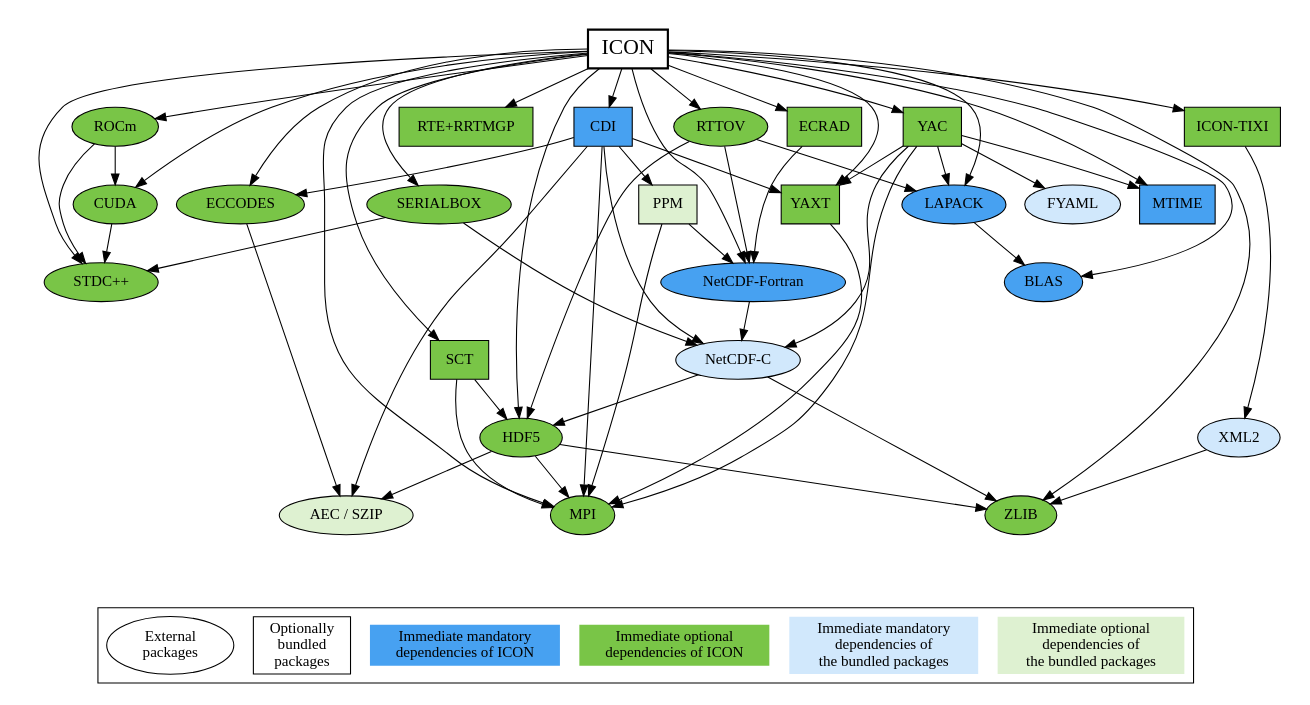
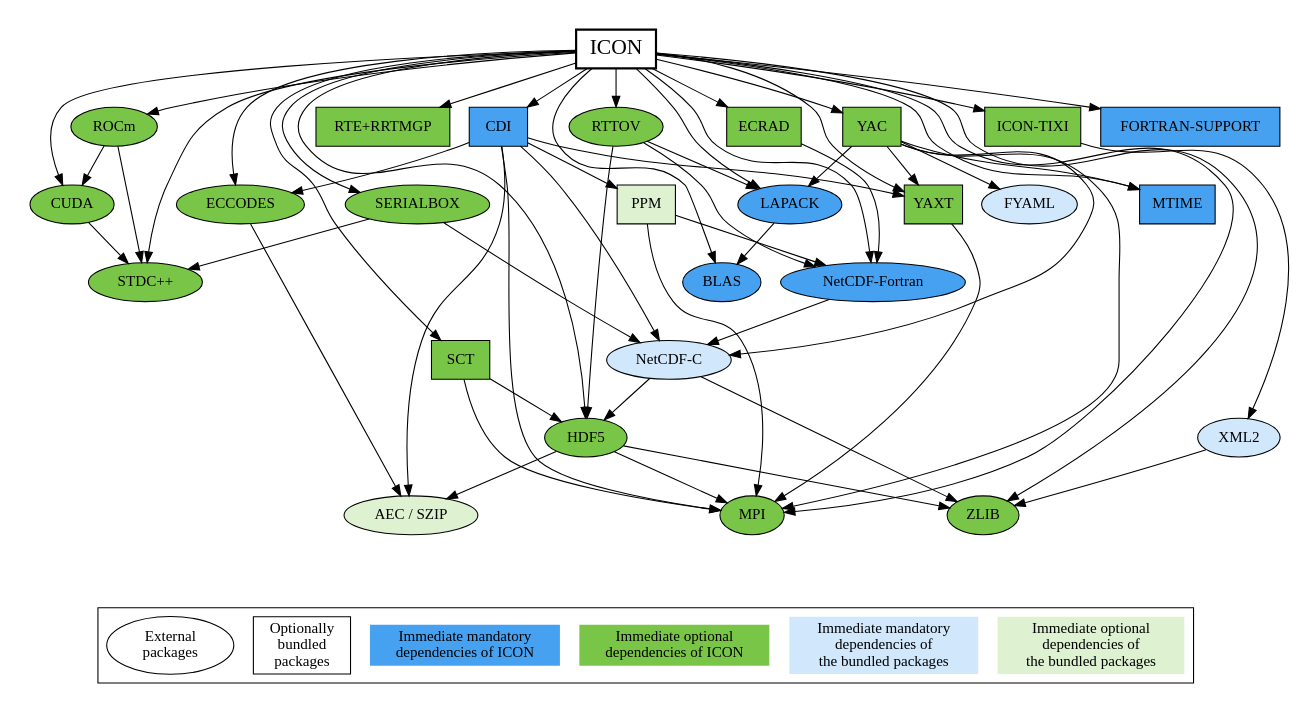
Before and after one commit to ppothapa/Coupled_ICON: the diagram in doc/config/icon-config-doc-depgraph.dot, drawn with Graphviz. The commit also changed 4 other files, not shown here.

```diff
--- a/doc/config/icon-config-doc-depgraph.dot
+++ b/doc/config/icon-config-doc-depgraph.dot
@@ -1,104 +1,107 @@
 digraph ICON {
 
 	node [style=filled; shape=oval; fillcolor="#79C547"];
 
 	subgraph clusterMain {
 
 		graph [peripheries=0];
 
 		"ICON" [shape=box; fillcolor=white; fontsize=20; penwidth=2.0];
 		"ICON" -> {"STDC++"; "CUDA"; "ROCm"; "MPI"; "ZLIB"; "HDF5";
 			       "NetCDF-Fortran"; "RTE+RRTMGP"; "ECRAD"; "BLAS";
 			       "LAPACK"; "RTTOV"; "SCT"; "YAXT"; "ECCODES";
-			       "CDI"; "SERIALBOX"; "MTIME"; "YAC"; "ICON-TIXI"};
+			       "CDI"; "SERIALBOX"; "MTIME"; "YAC"; "ICON-TIXI";
+			       "FORTRAN-SUPPORT"};
 
 		"STDC++";
 
 		"CUDA";
 		"CUDA" -> {"STDC++"};
 
 		"ROCm";
 		"ROCm" -> {"STDC++"; "CUDA"};
 
 		"MPI";
 
 		"ZLIB";
 
 		"HDF5";
 		"HDF5" -> {"MPI"; "ZLIB"; "AEC / SZIP"};
 
 		"NetCDF-Fortran" [shape=oval; fillcolor="#47A1F1"]
 		"NetCDF-Fortran" -> {"NetCDF-C"};
 
 		"RTE+RRTMGP" [shape=box];
 
 		"ECRAD" [shape=box];
 		"ECRAD" -> {"NetCDF-Fortran"};
 
 		"BLAS" [fillcolor="#47A1F1"];
 
 		"LAPACK" [fillcolor="#47A1F1"];
 		"LAPACK" -> {"BLAS"};
 
 		"RTTOV";
 		"RTTOV" -> {"HDF5"; "NetCDF-Fortran"; "LAPACK"};
 
 		"SCT" [shape=box];
 		"SCT" -> {"MPI"; "HDF5"};
 
 		"YAXT" [shape=box];
 		"YAXT" -> {"MPI"};
 
 		"ECCODES";
 		"ECCODES" -> {"AEC / SZIP"};
 
 		"CDI" [shape=box; fillcolor="#47A1F1"];
 		"CDI" -> {"MPI"; "YAXT"; "ECCODES"; "AEC / SZIP"; "NetCDF-C"; "PPM"};
 
 		"SERIALBOX";
 		"SERIALBOX" -> {"STDC++"; "NetCDF-C"};
 
 		"MTIME" [shape=box; fillcolor="#47A1F1"];
 
 		"YAC" [shape=box];
 		"YAC" -> {"MPI"; "LAPACK"; "YAXT"; "MTIME"; "NetCDF-C"; "FYAML"};
 
 		"ICON-TIXI" [shape=box];
 		"ICON-TIXI" -> {"XML2"};
 
+		"FORTRAN-SUPPORT" [shape=box; fillcolor="#47A1F1"];
+
 		"AEC / SZIP" [fillcolor="#DEF1D1"];
 		"AEC / SZIP";
 
 		"NetCDF-C" [fillcolor="#D1E8FC"];
 		"NetCDF-C" -> {"ZLIB"; "HDF5"};
 
 		"PPM" [shape=box; fillcolor="#DEF1D1"];
 		"PPM" -> {"MPI"; "NetCDF-Fortran"};
 
 		"FYAML" [fillcolor="#D1E8FC"];
 		"FYAML";
 
 		"XML2" [fillcolor="#D1E8FC"];
 		"XML2" -> {"ZLIB"};
 
 		{
 			rank=sink;
 			bottomNode [shape=point; style=invis];
 		}
 	}
 
 	subgraph clusterLegend {
 		{
 			rank=same;
 			external -> bundled -> mandatoryIcon -> optionalIcon -> mandatoryBundled -> optionalBundled [style=invis];
 			external [label="External\npackages"; fillcolor=white];
 			bundled [label="Optionally\nbundled\npackages"; shape=box; fillcolor=white];
 			mandatoryIcon [label="Immediate mandatory\ndependencies of ICON"; shape=plaintext; fillcolor="#47A1F1"];
 			optionalIcon [label="Immediate optional\ndependencies of ICON"; shape=plaintext];
 			mandatoryBundled [label="Immediate mandatory\ndependencies of\nthe bundled packages"; shape=plaintext; fillcolor="#D1E8FC"];
 			optionalBundled [label="Immediate optional\ndependencies of\nthe bundled packages"; shape=plaintext; fillcolor="#DEF1D1"];
 		}
 	}
 
 	bottomNode -> external:nw [style=invis];
 }
```
